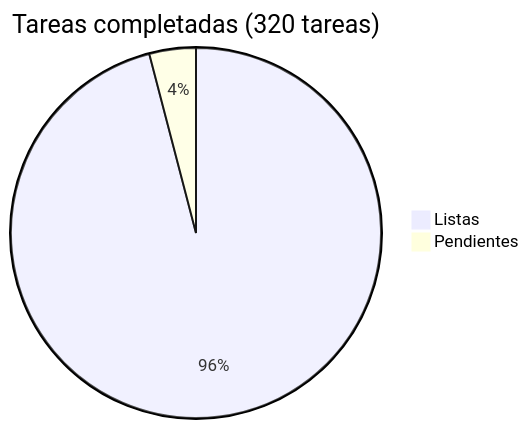
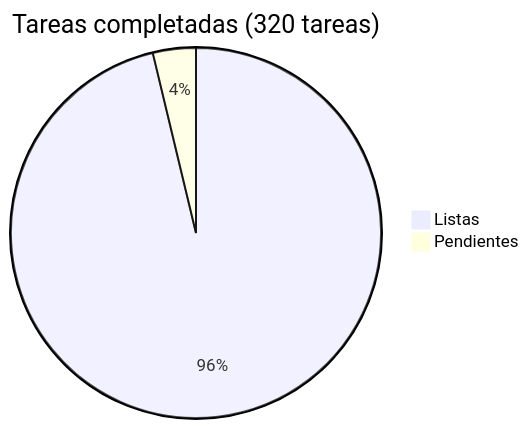
Before and after one commit to araguaney-lat/araguaney: the diagram in docs/roadmap/README.md, drawn with Mermaid. The commit also changed other lines of this file and 4 other files, not shown here.

````diff
--- a/docs/roadmap/README.md
+++ b/docs/roadmap/README.md
@@ -5,5 +5,5 @@
 ```mermaid
 pie title Tareas completadas (320 tareas)
-    "Listas" : 307
-    "Pendientes" : 13
+    "Listas" : 308
+    "Pendientes" : 12
 ```
````
